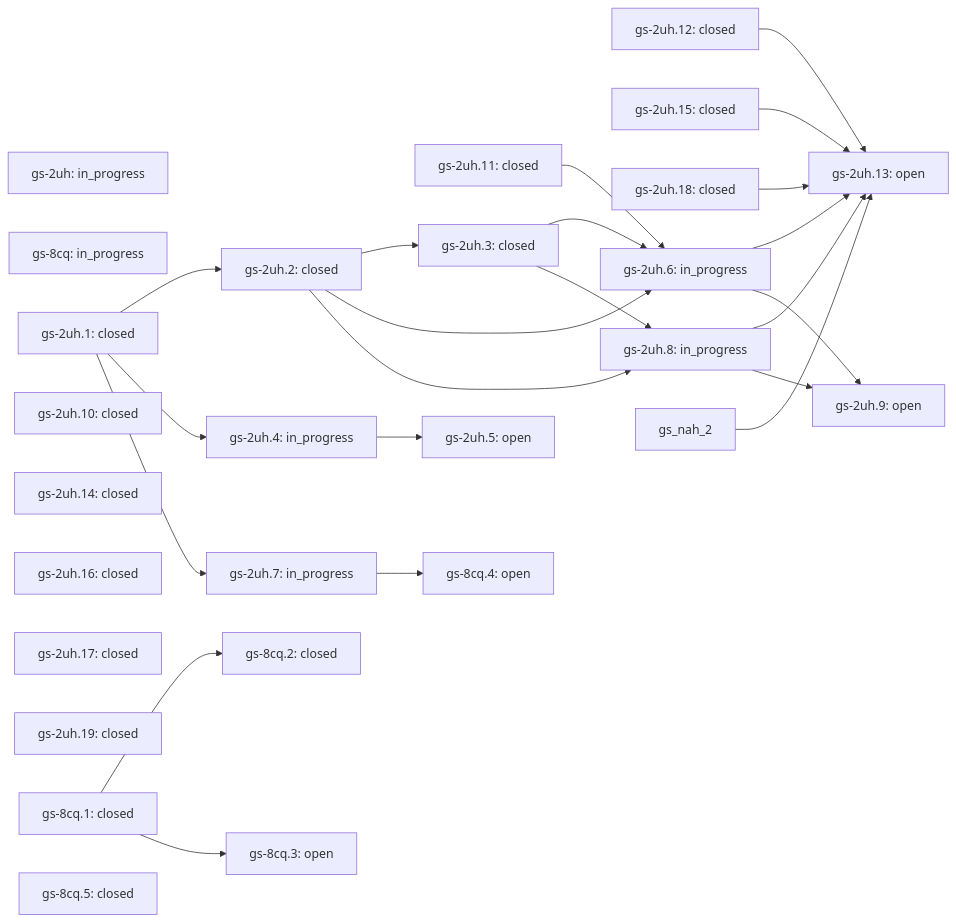
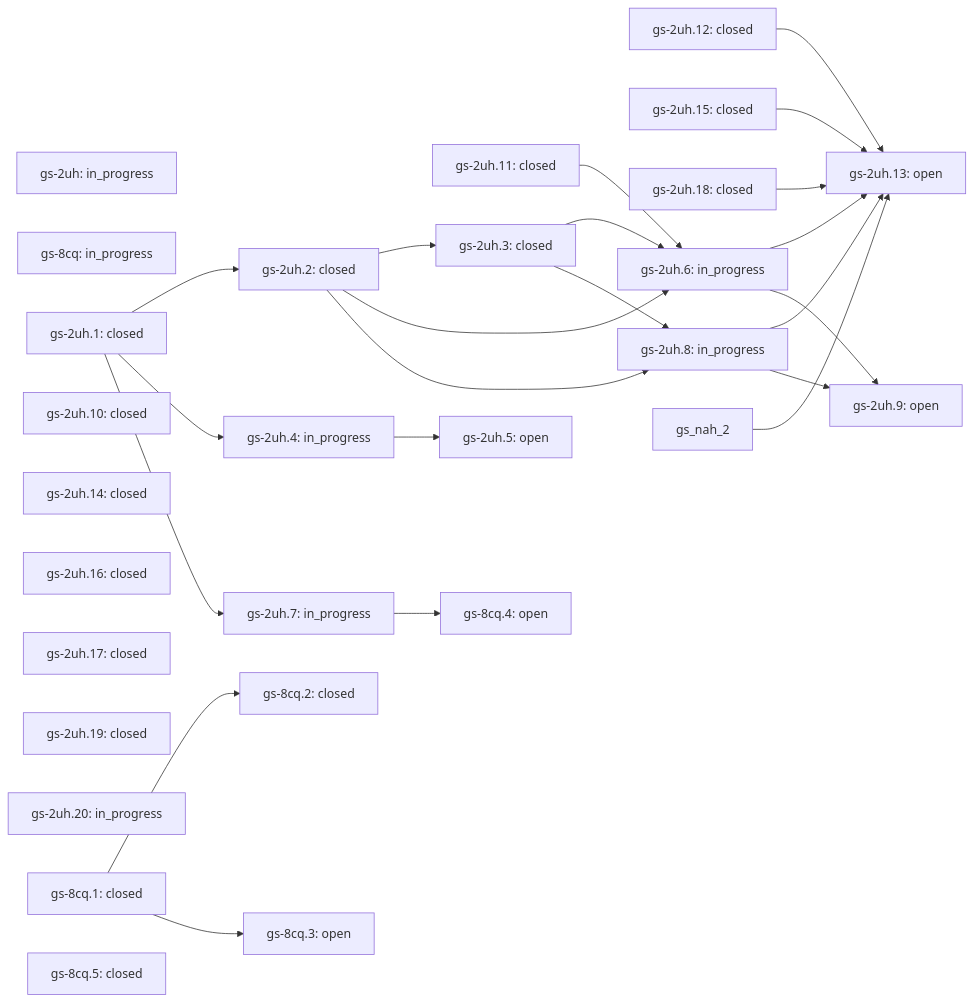
The diagram in docs/skills/vps-health/ROADMAP.md (lifeofgurpreet/G-Skills), drawn with Mermaid before and after one commit. The commit also changed other lines of this file and 16 other files, not shown here.

````diff
--- a/docs/skills/vps-health/ROADMAP.md
+++ b/docs/skills/vps-health/ROADMAP.md
@@ -38,50 +39,51 @@
 ```mermaid
 flowchart LR
   gs_2uh["gs-2uh: in_progress"]
   gs_8cq["gs-8cq: in_progress"]
   gs_2uh_1["gs-2uh.1: closed"]
   gs_2uh_10["gs-2uh.10: closed"]
   gs_2uh_11["gs-2uh.11: closed"]
   gs_2uh_12["gs-2uh.12: closed"]
   gs_2uh_13["gs-2uh.13: open"]
   gs_2uh_12 --> gs_2uh_13
   gs_2uh_15 --> gs_2uh_13
   gs_2uh_18 --> gs_2uh_13
   gs_2uh_6 --> gs_2uh_13
   gs_2uh_8 --> gs_2uh_13
   gs_nah_2 --> gs_2uh_13
   gs_2uh_14["gs-2uh.14: closed"]
   gs_2uh_15["gs-2uh.15: closed"]
   gs_2uh_16["gs-2uh.16: closed"]
   gs_2uh_17["gs-2uh.17: closed"]
   gs_2uh_18["gs-2uh.18: closed"]
   gs_2uh_19["gs-2uh.19: closed"]
   gs_2uh_2["gs-2uh.2: closed"]
   gs_2uh_1 --> gs_2uh_2
+  gs_2uh_20["gs-2uh.20: in_progress"]
   gs_2uh_3["gs-2uh.3: closed"]
   gs_2uh_2 --> gs_2uh_3
   gs_2uh_4["gs-2uh.4: in_progress"]
   gs_2uh_1 --> gs_2uh_4
   gs_2uh_5["gs-2uh.5: open"]
   gs_2uh_4 --> gs_2uh_5
   gs_2uh_6["gs-2uh.6: in_progress"]
   gs_2uh_11 --> gs_2uh_6
   gs_2uh_2 --> gs_2uh_6
   gs_2uh_3 --> gs_2uh_6
   gs_2uh_8["gs-2uh.8: in_progress"]
   gs_2uh_2 --> gs_2uh_8
   gs_2uh_3 --> gs_2uh_8
   gs_8cq_1["gs-8cq.1: closed"]
   gs_8cq_2["gs-8cq.2: closed"]
   gs_8cq_1 --> gs_8cq_2
   gs_2uh_7["gs-2uh.7: in_progress"]
   gs_2uh_1 --> gs_2uh_7
   gs_2uh_9["gs-2uh.9: open"]
   gs_2uh_6 --> gs_2uh_9
   gs_2uh_8 --> gs_2uh_9
   gs_8cq_3["gs-8cq.3: open"]
   gs_8cq_1 --> gs_8cq_3
   gs_8cq_4["gs-8cq.4: open"]
   gs_2uh_7 --> gs_8cq_4
   gs_8cq_5["gs-8cq.5: closed"]
 ```
````
